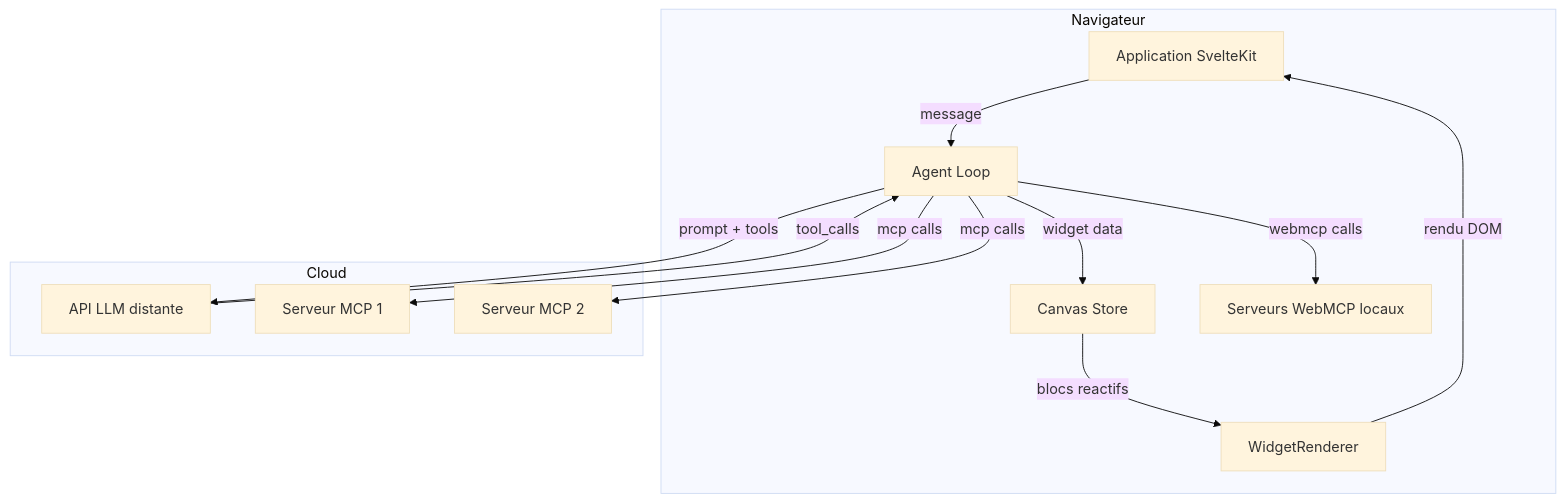
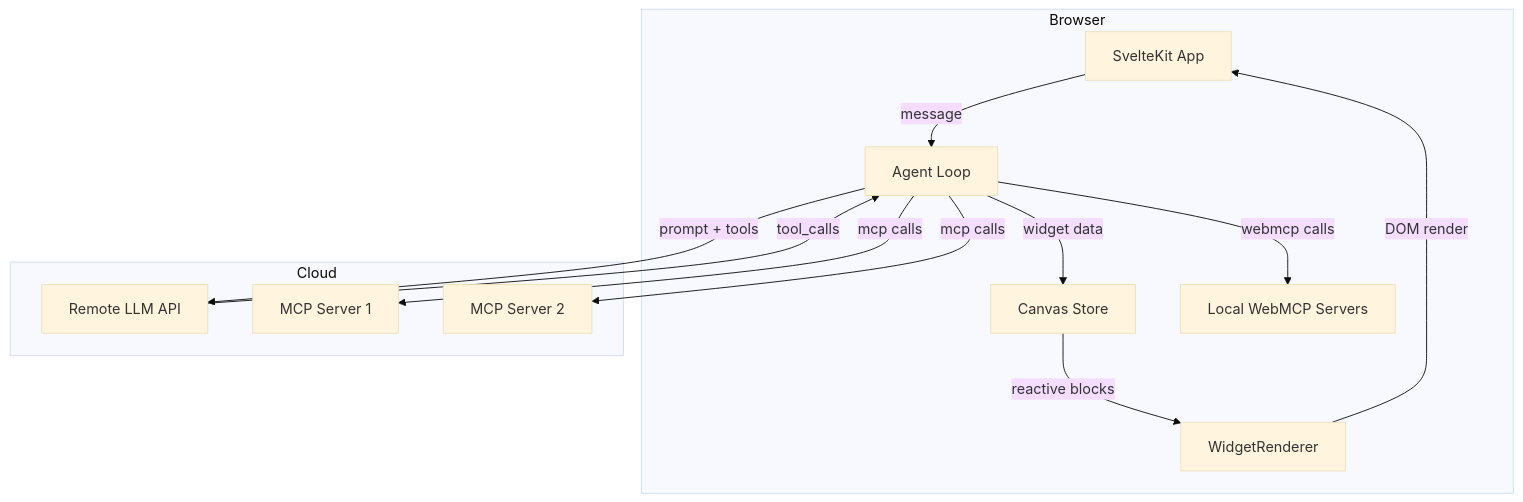
Diagram 11 of 11 in docs/starlight/src/content/docs/tutorials/architecture-mcp-webmcp.mdx (jeanbaptiste/webmcp-auto-ui), drawn with Mermaid (base theme) before and after one commit. The commit also changed other lines of this file and 94 other files, not shown here.

````diff
--- a/docs/starlight/src/content/docs/tutorials/architecture-mcp-webmcp.mdx
+++ b/docs/starlight/src/content/docs/tutorials/architecture-mcp-webmcp.mdx
@@ -405,26 +373,26 @@
 ```mermaid
 graph TB
-    subgraph Navigateur
-        App[Application SvelteKit]
+    subgraph Browser
+        App[SvelteKit App]
         Agent[Agent Loop]
         Canvas[Canvas Store]
         Widgets[WidgetRenderer]
-        WebMCPs[Serveurs WebMCP locaux]
+        WebMCPs[Local WebMCP Servers]
     end
 
     subgraph Cloud
-        LLMApi[API LLM distante]
-        MCP1[Serveur MCP 1]
-        MCP2[Serveur MCP 2]
+        LLMApi[Remote LLM API]
+        MCP1[MCP Server 1]
+        MCP2[MCP Server 2]
     end
 
     App -->|message| Agent
     Agent -->|prompt + tools| LLMApi
     LLMApi -->|tool_calls| Agent
     Agent -->|mcp calls| MCP1
     Agent -->|mcp calls| MCP2
     Agent -->|webmcp calls| WebMCPs
     Agent -->|widget data| Canvas
-    Canvas -->|blocs reactifs| Widgets
-    Widgets -->|rendu DOM| App
+    Canvas -->|reactive blocks| Widgets
+    Widgets -->|DOM render| App
 ```
````
